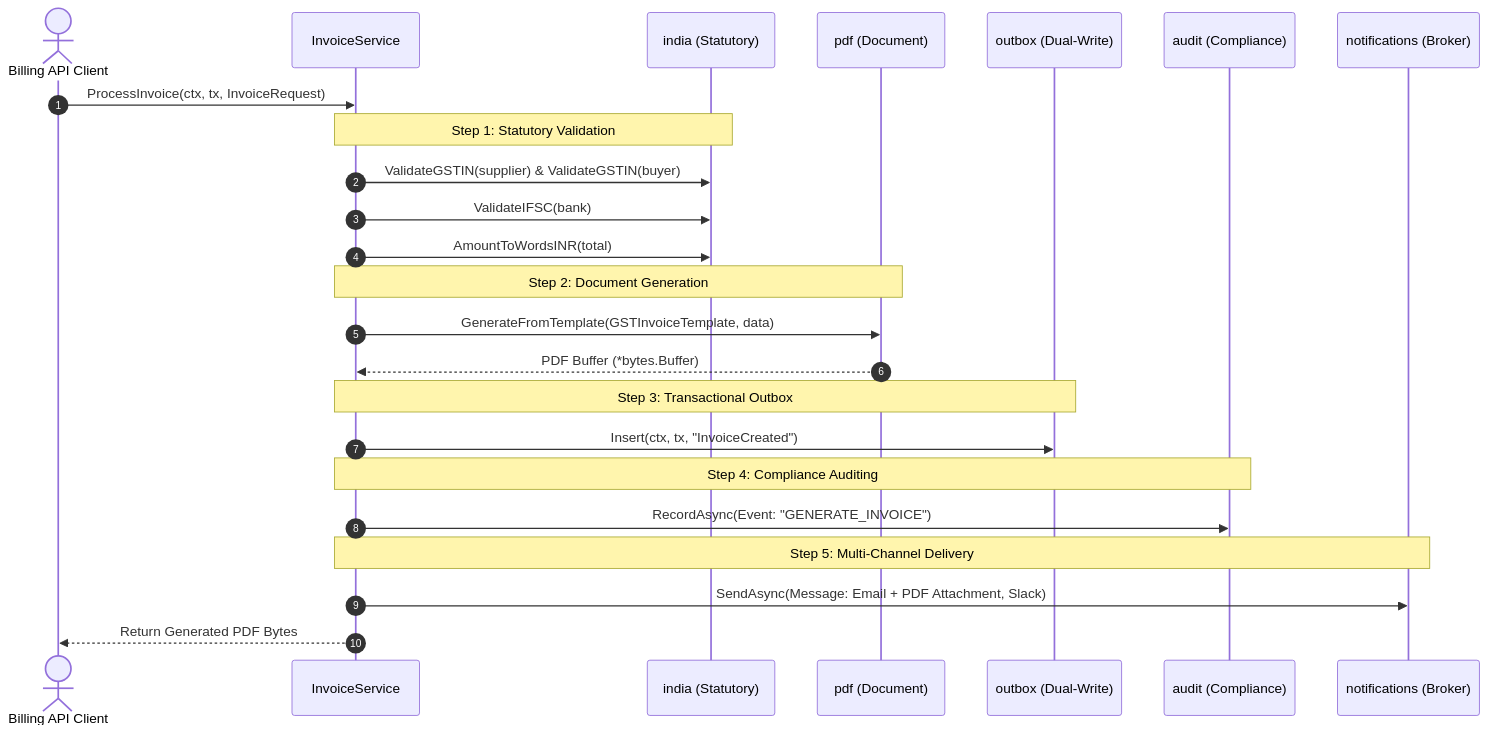
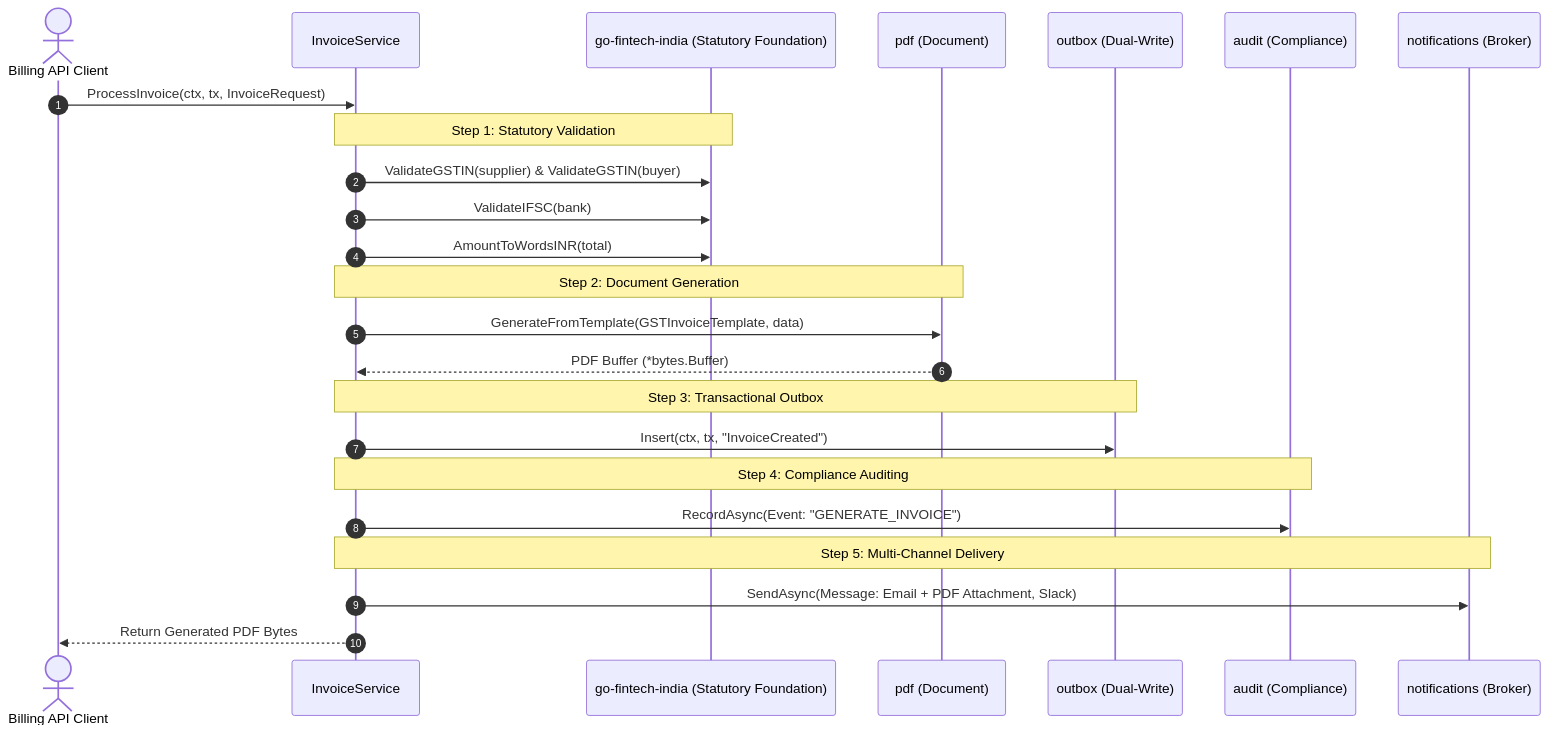
One commit to Abeta-dev/go-app-kit changed the diagram in examples/invoice_service/README.md. Above: the diagram before and after it, drawn with Mermaid. The commit also changed other lines of this file and 27 other files, not shown here.

````diff
--- a/examples/invoice_service/README.md
+++ b/examples/invoice_service/README.md
@@ -17,32 +17,32 @@
 ```mermaid
 sequenceDiagram
     autonumber
     actor Client as Billing API Client
     participant Svc as InvoiceService
-    participant India as india (Statutory)
+    participant India as go-fintech-india (Statutory Foundation)
     participant PDF as pdf (Document)
     participant Outbox as outbox (Dual-Write)
     participant Audit as audit (Compliance)
     participant Notif as notifications (Broker)
 
     Client->>Svc: ProcessInvoice(ctx, tx, InvoiceRequest)
     Note over Svc,India: Step 1: Statutory Validation
     Svc->>India: ValidateGSTIN(supplier) & ValidateGSTIN(buyer)
     Svc->>India: ValidateIFSC(bank)
     Svc->>India: AmountToWordsINR(total)
     
     Note over Svc,PDF: Step 2: Document Generation
     Svc->>PDF: GenerateFromTemplate(GSTInvoiceTemplate, data)
     PDF-->>Svc: PDF Buffer (*bytes.Buffer)
 
     Note over Svc,Outbox: Step 3: Transactional Outbox
     Svc->>Outbox: Insert(ctx, tx, "InvoiceCreated")
 
     Note over Svc,Audit: Step 4: Compliance Auditing
     Svc->>Audit: RecordAsync(Event: "GENERATE_INVOICE")
 
     Note over Svc,Notif: Step 5: Multi-Channel Delivery
     Svc->>Notif: SendAsync(Message: Email + PDF Attachment, Slack)
 
     Svc-->>Client: Return Generated PDF Bytes
 ```
````
